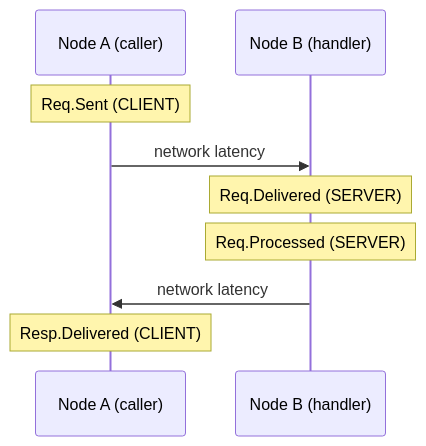
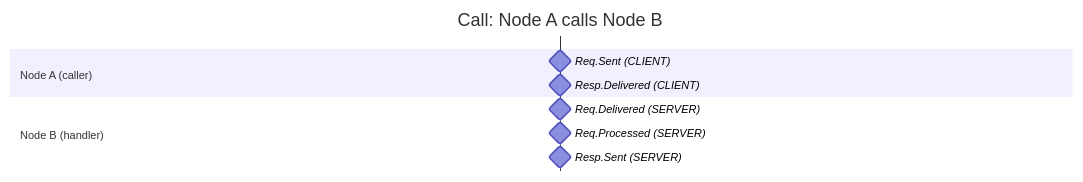
One commit to ergo-services/ergo changed the first of 3 diagrams in docs/extra-library/applications/pulse.md. Above: the diagram before and after it, drawn with Mermaid. The commit also changed other lines of this file, not shown here.

````diff
--- a/docs/extra-library/applications/pulse.md
+++ b/docs/extra-library/applications/pulse.md
@@ -165,12 +165,15 @@
 ```mermaid
-sequenceDiagram
-    participant A as Node A (caller)
-    participant B as Node B (handler)
+gantt
+    title Call: Node A calls Node B
+    dateFormat X
+    axisFormat  
 
-    Note over A: Req.Sent (CLIENT)
-    A->>B: network latency
-    Note over B: Req.Delivered (SERVER)
-    Note over B: Req.Processed (SERVER)
-    B->>A: network latency
-    Note over A: Resp.Delivered (CLIENT)
+    section Node A (caller)
+    Req.Sent (CLIENT)           :milestone, 0, 0
+    Resp.Delivered (CLIENT)     :milestone, 50, 0
+
+    section Node B (handler)
+    Req.Delivered (SERVER)      :milestone, 10, 0
+    Req.Processed (SERVER)      :milestone, 30, 0
+    Resp.Sent (SERVER)          :milestone, 35, 0
 ```
````
